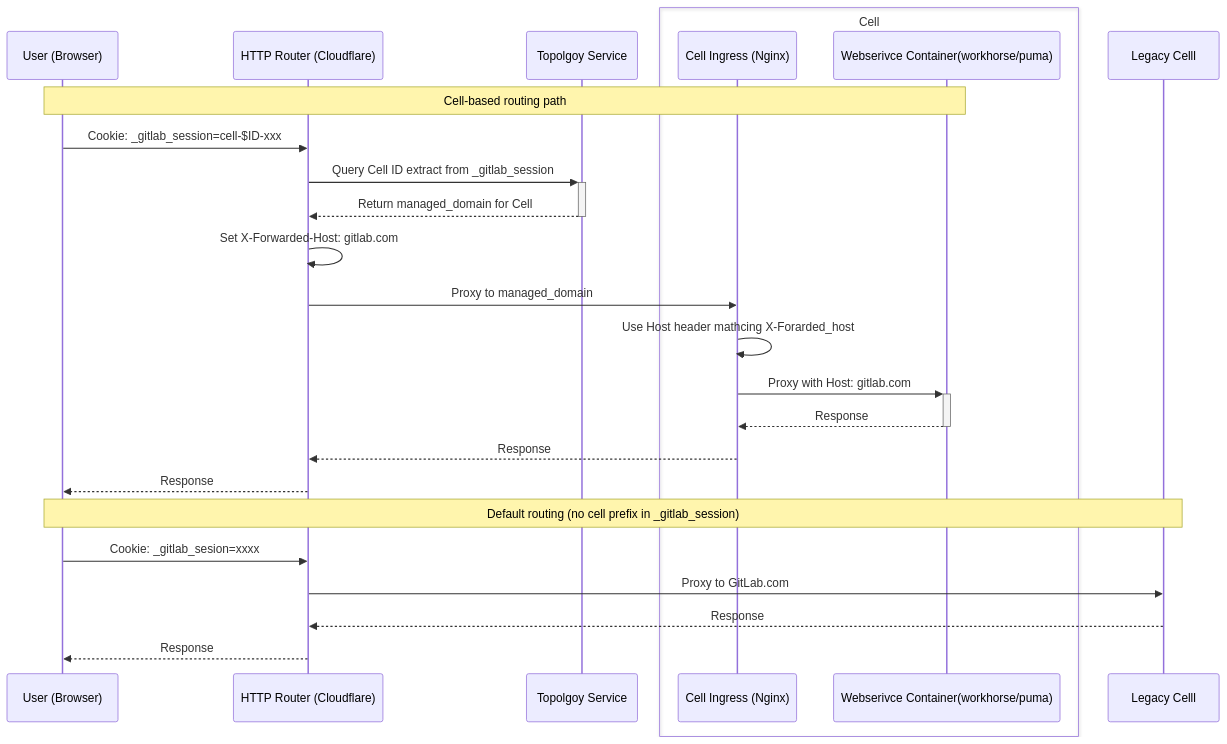
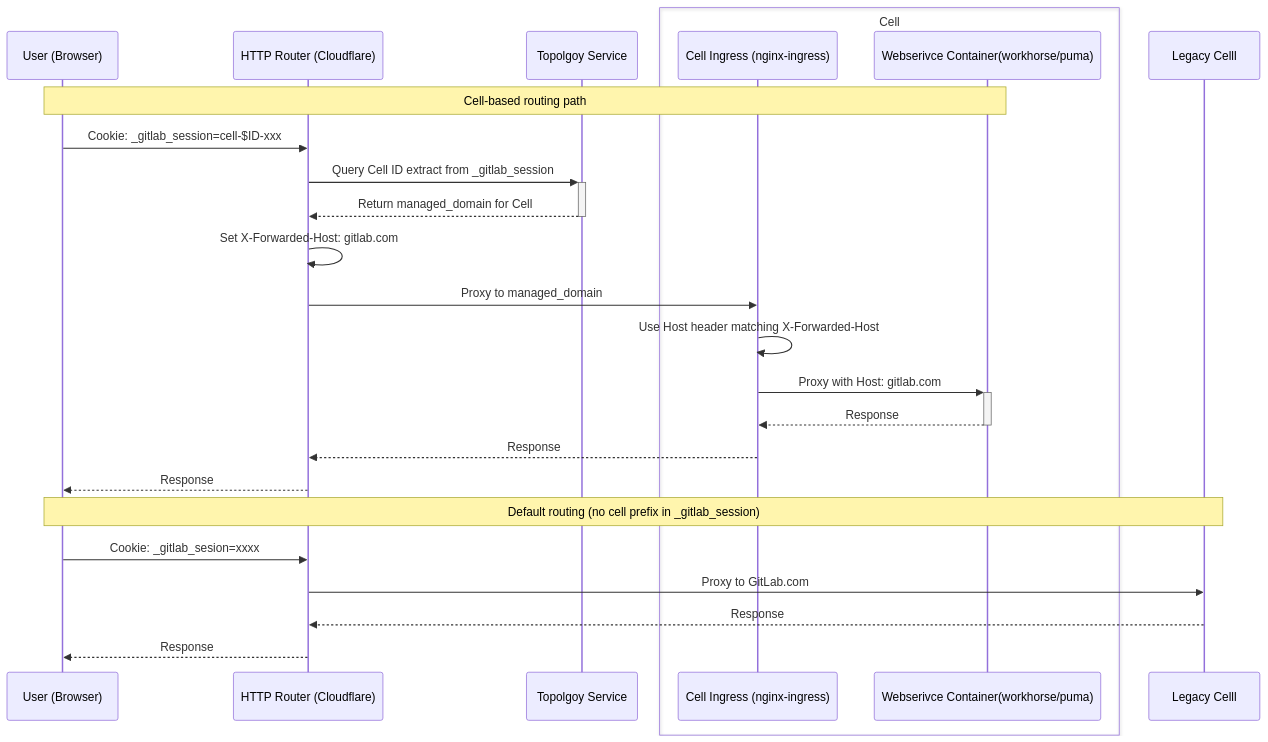
One commit to zalyoung/gitlab-handbook changed the fifth of 5 diagrams in content/handbook/engineering/architecture/design-documents/cells/http_routing_service.md. Above: the diagram before and after it, drawn with Mermaid.

Commit message:
Minor update to Sequence diagram
Clarify Nginx here is actually nginx-ingress

Fix a typo

````diff
--- a/content/handbook/engineering/architecture/design-documents/cells/http_routing_service.md
+++ b/content/handbook/engineering/architecture/design-documents/cells/http_routing_service.md
@@ -685,31 +685,31 @@
 ```mermaid
 sequenceDiagram
     participant User as User (Browser)
     participant HTTPRouter as HTTP Router (Cloudflare)
     participant TopologyService as Topolgoy Service
     box Cell
-    participant CellIngress as Cell Ingress (Nginx)
+    participant CellIngress as Cell Ingress (nginx-ingress)
     participant CellWebservice as Webserivce Container(workhorse/puma)
     end
     participant LegacyCell as Legacy Celll
 
     Note over User,CellWebservice: Cell-based routing path
     User->>HTTPRouter: Cookie: _gitlab_session=cell-$ID-xxx
     HTTPRouter->>+TopologyService: Query Cell ID extract from _gitlab_session
     TopologyService-->>-HTTPRouter: Return managed_domain for Cell
     HTTPRouter->>HTTPRouter: Set X-Forwarded-Host: gitlab.com
     HTTPRouter->>CellIngress: Proxy to managed_domain
-    CellIngress->>CellIngress: Use Host header mathcing X-Forarded_host
+    CellIngress->>CellIngress: Use Host header matching X-Forwarded-Host
     CellIngress->>+CellWebservice: Proxy with Host: gitlab.com
  
 
     CellWebservice-->>-CellIngress: Response
     CellIngress-->>HTTPRouter: Response
     HTTPRouter-->>User: Response
 
     Note over User,LegacyCell: Default routing (no cell prefix in _gitlab_session)
     User->>HTTPRouter: Cookie: _gitlab_sesion=xxxx
     HTTPRouter->>LegacyCell: Proxy to GitLab.com
     LegacyCell-->>HTTPRouter: Response
     HTTPRouter-->>User: Response
 ```
````
